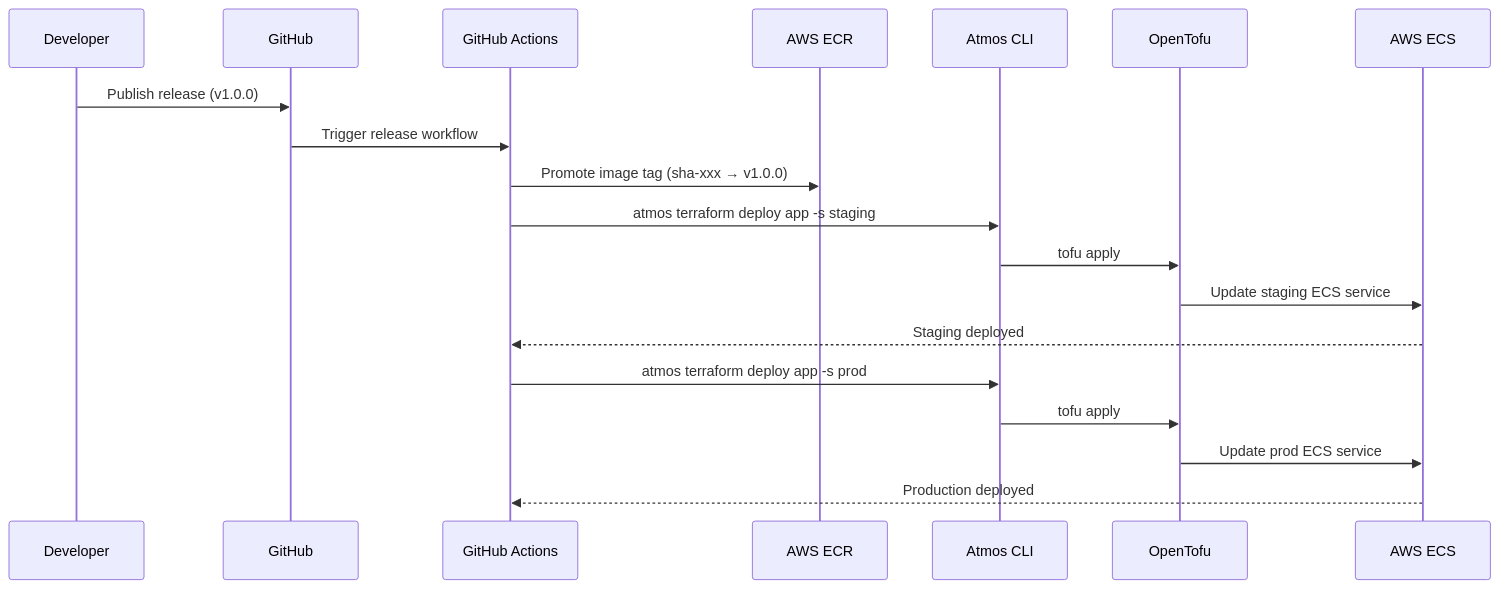
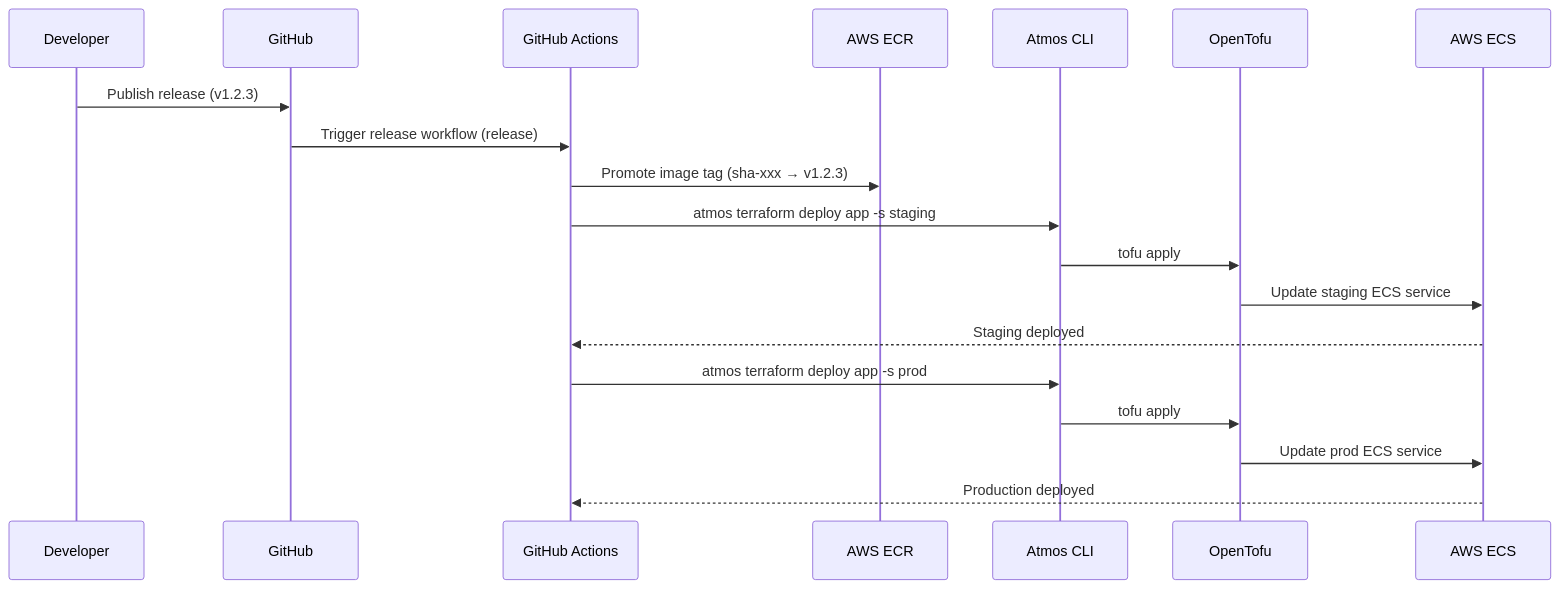
One commit to cloudposse-examples/atmos-native-ci changed the third of 5 diagrams in .github/workflows/README.md. Above: the diagram before and after it, drawn with Mermaid. The commit also changed other lines of this file and 6 other files, not shown here.

First line of the commit message:
Refactor pipelines for merge-queue dev deploy and rollback-capable release (#47)

````diff
--- a/.github/workflows/README.md
+++ b/.github/workflows/README.md
@@ -39,22 +102,22 @@
 ```mermaid
 sequenceDiagram
     participant Dev as Developer
     participant GH as GitHub
     participant GA as GitHub Actions
     participant ECR as AWS ECR
     participant Atmos as Atmos CLI
     participant TF as OpenTofu
     participant ECS as AWS ECS
 
-    Dev->>GH: Publish release (v1.0.0)
-    GH->>GA: Trigger release workflow
-    GA->>ECR: Promote image tag (sha-xxx → v1.0.0)
+    Dev->>GH: Publish release (v1.2.3)
+    GH->>GA: Trigger release workflow (release)
+    GA->>ECR: Promote image tag (sha-xxx → v1.2.3)
     GA->>Atmos: atmos terraform deploy app -s staging
     Atmos->>TF: tofu apply
     TF->>ECS: Update staging ECS service
     ECS-->>GA: Staging deployed
     GA->>Atmos: atmos terraform deploy app -s prod
     Atmos->>TF: tofu apply
     TF->>ECS: Update prod ECS service
     ECS-->>GA: Production deployed
 ```
````
